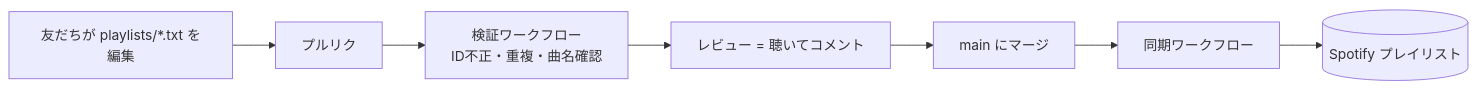
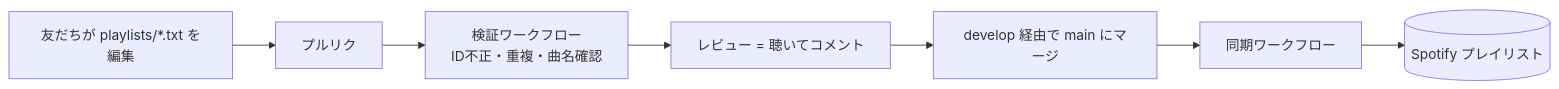
Before and after one commit to keito118/spotify-playlist-as-code: the diagram in README.ja.md, drawn with Mermaid. The commit also changed other lines of this file and 5 other files, not shown here.

````diff
--- a/README.ja.md
+++ b/README.ja.md
@@ -14,9 +14,9 @@
 ```mermaid
 flowchart LR
   A[友だちが playlists/*.txt を編集] --> B[プルリク]
   B --> C[検証ワークフロー<br/>ID不正・重複・曲名確認]
   C --> D[レビュー = 聴いてコメント]
-  D --> E[main にマージ]
+  D --> E[develop 経由で main にマージ]
   E --> F[同期ワークフロー]
   F --> G[(Spotify プレイリスト)]
 ```
````
